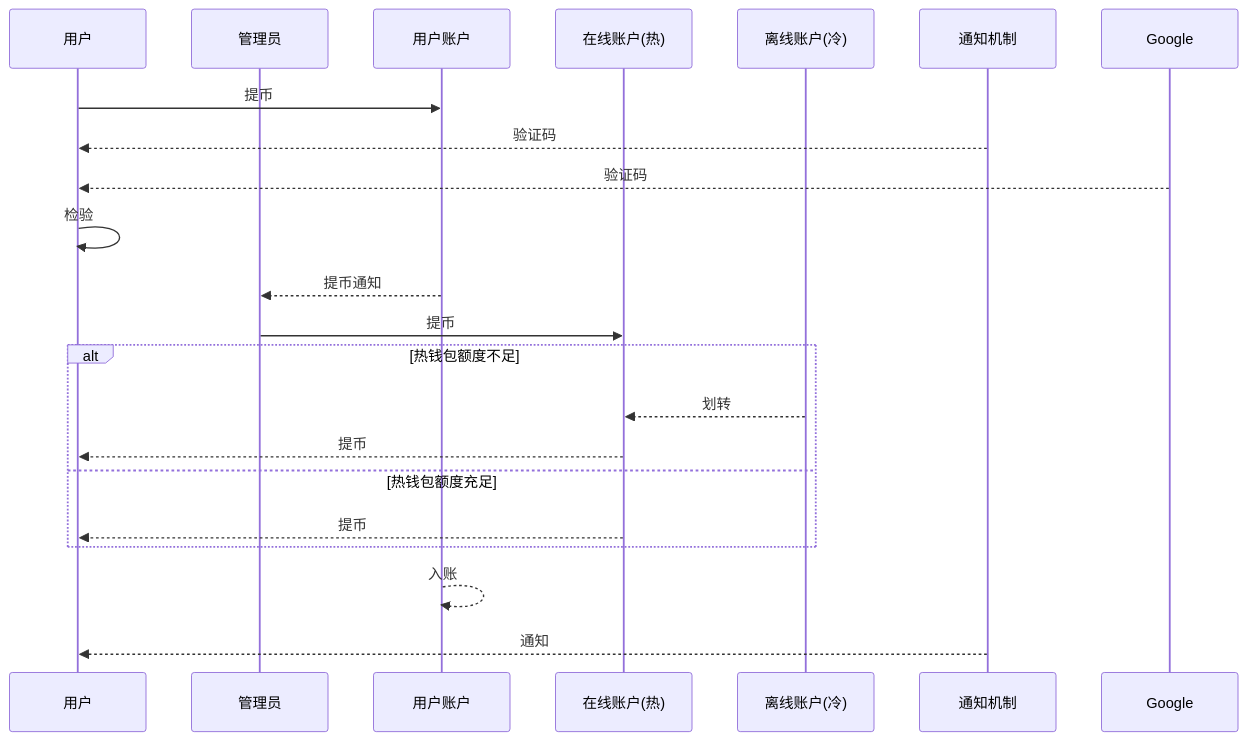
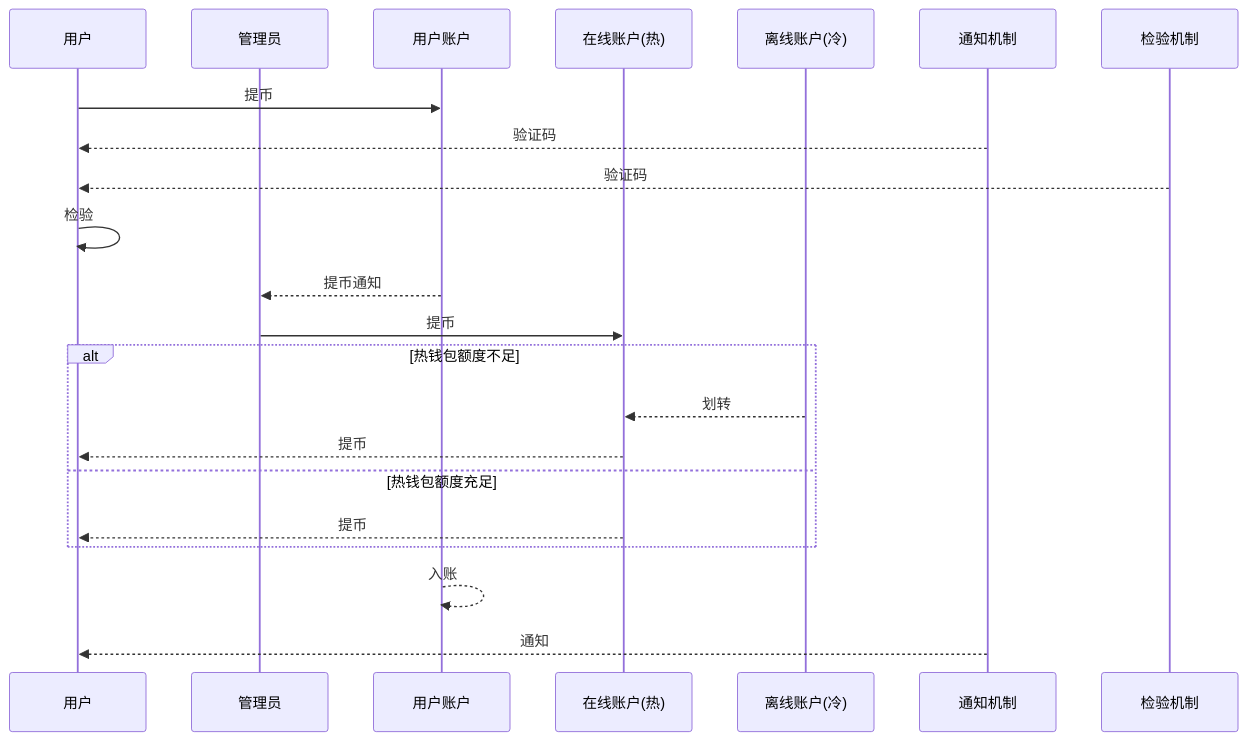
One commit to neomaclin/designdoc changed diagram 18 of 22 in Readme.md. Above: the diagram before and after it, drawn with Mermaid. The commit also changed other lines of this file and 3 other files, not shown here.

````diff
--- a/Readme.md
+++ b/Readme.md
@@ -205,26 +319,26 @@
 ```mermaid
 
 sequenceDiagram
     participant u as 用户
     participant su as 管理员
     participant a as 用户账户
     participant ha as 在线账户(热)
     participant ca as 离线账户(冷)
     participant n as 通知机制
-    participant g as Google
+    participant c as 检验机制
 
     u->>a: 提币
     n-->>u: 验证码
-    g-->>u: 验证码
+    c-->>u: 验证码
     u->>u:检验
     a-->>su: 提币通知
     su->>ha: 提币
     alt 热钱包额度不足
         ca-->>ha: 划转
         ha-->>u:提币
     else 热钱包额度充足
         ha-->>u:提币
     end
     a-->>a: 入账
     n-->>u: 通知
 ```
````
